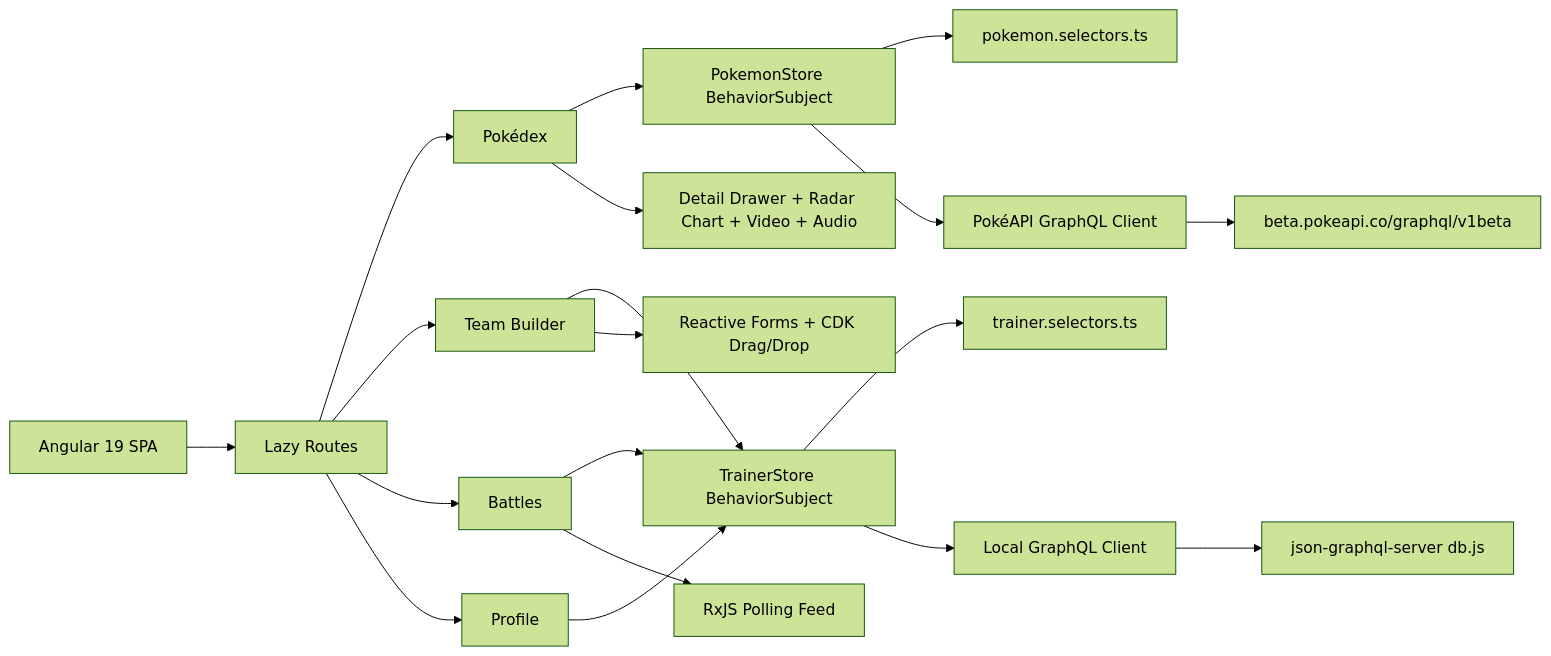
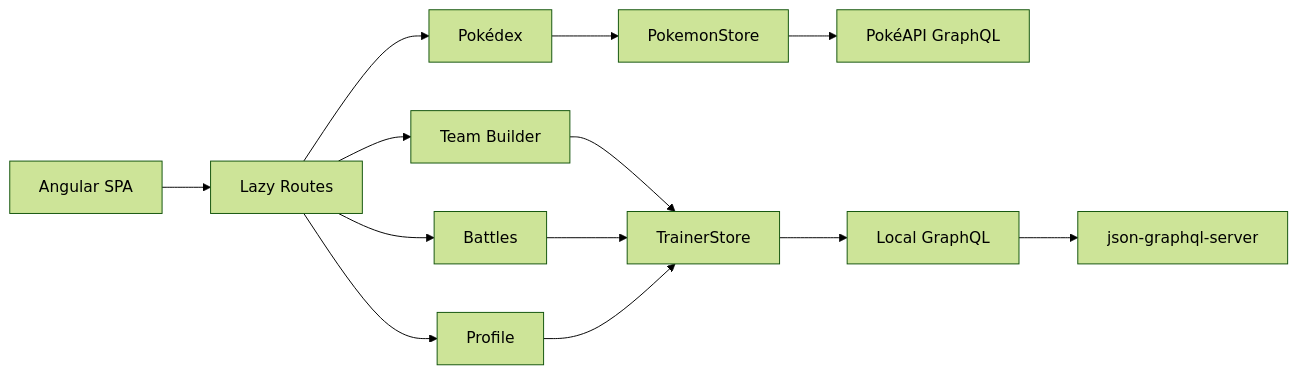
The diagram in README.md (Technova-K02/pokedex-angular), drawn with Mermaid (forest theme) before and after one commit. The commit also changed other lines of this file, not shown here.

````diff
--- a/README.md
+++ b/README.md
@@ -181,26 +118,17 @@
 ```mermaid
 flowchart LR
-  App["Angular 19 SPA"] --> Routes["Lazy Routes"]
+  App["Angular SPA"] --> Routes["Lazy Routes"]
   Routes --> Pokedex["Pokédex"]
   Routes --> TeamBuilder["Team Builder"]
   Routes --> Battles["Battles"]
   Routes --> Profile["Profile"]
 
-  Pokedex --> PokemonStore["PokemonStore BehaviorSubject"]
-  TeamBuilder --> TrainerStore["TrainerStore BehaviorSubject"]
+  Pokedex --> PokemonStore["PokemonStore"]
+  TeamBuilder --> TrainerStore["TrainerStore"]
   Battles --> TrainerStore
   Profile --> TrainerStore
 
-  PokemonStore --> PokemonSelectors["pokemon.selectors.ts"]
-  TrainerStore --> TrainerSelectors["trainer.selectors.ts"]
-
-  PokemonStore --> PokeAPI["PokéAPI GraphQL Client"]
-  TrainerStore --> LocalAPI["Local GraphQL Client"]
-
-  LocalAPI --> LocalServer["json-graphql-server db.js"]
-  PokeAPI --> PublicAPI["beta.pokeapi.co/graphql/v1beta"]
-
-  Battles --> LiveFeed["RxJS Polling Feed"]
-  Pokedex --> DetailPanel["Detail Drawer + Radar Chart + Video + Audio"]
-  TeamBuilder --> Forms["Reactive Forms + CDK Drag/Drop"]
+  PokemonStore --> PokeAPI["PokéAPI GraphQL"]
+  TrainerStore --> LocalAPI["Local GraphQL"]
+  LocalAPI --> MockServer["json-graphql-server"]
 ```
````
